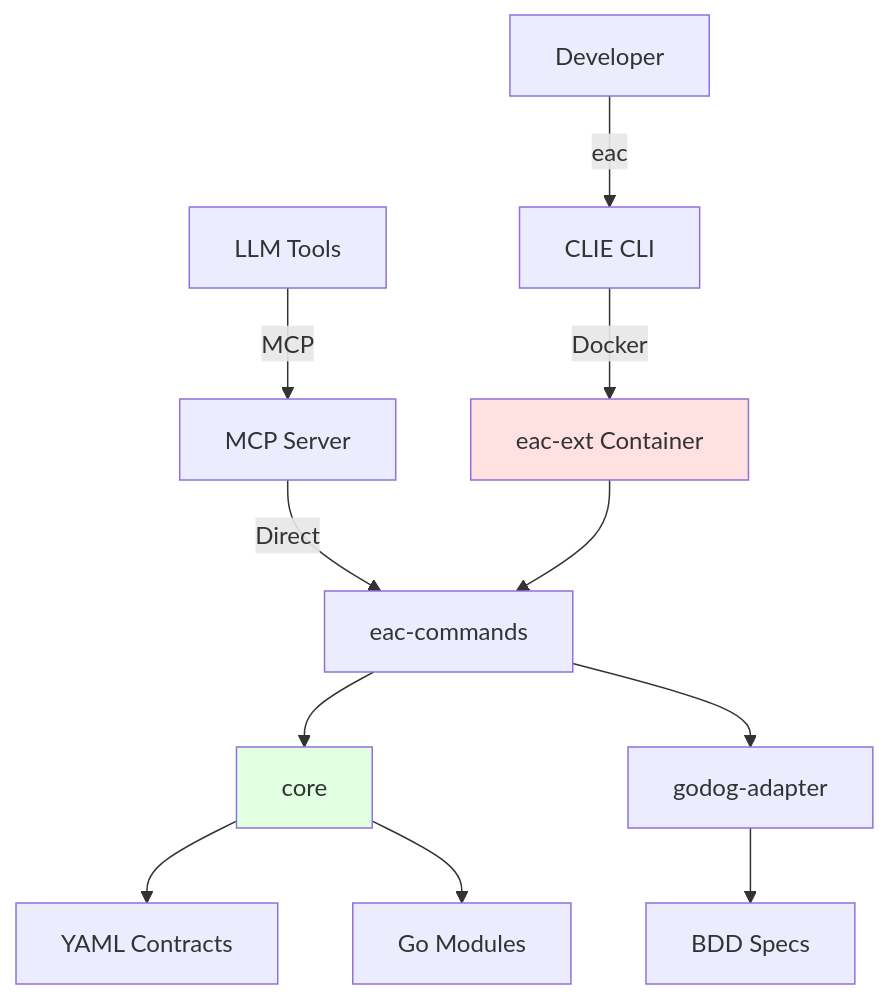
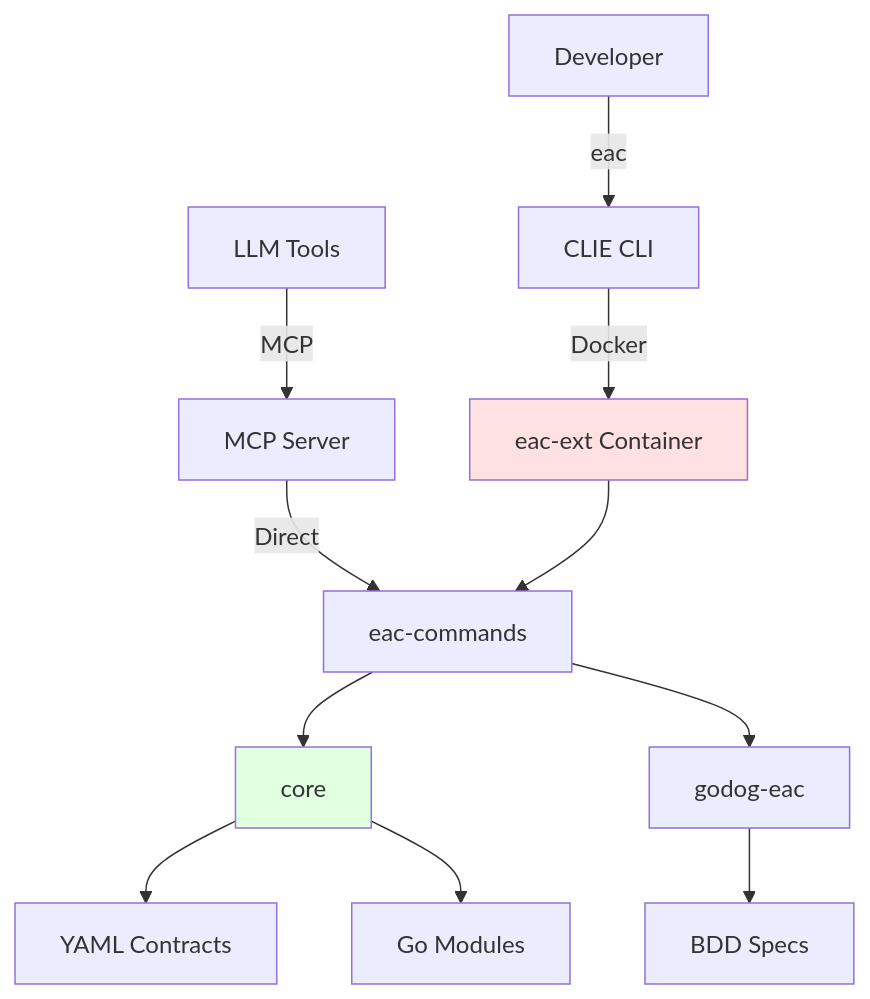
One commit to ready-to-release/eac changed the diagram in docs/reference/eac/architecture/index.md. Above: the diagram before and after it, drawn with Mermaid. The commit also changed other lines of this file and 745 other files, not shown here.

First line of the commit message:
refactor(multi-module): restructure codebase with contract-driven architecture

````diff
--- a/docs/reference/eac/architecture/index.md
+++ b/docs/reference/eac/architecture/index.md
@@ -39,19 +39,19 @@
 ```mermaid
 graph TB
     Dev[Developer] -->|eac| CLI[CLIE CLI]
     LLM[LLM Tools] -->|MCP| MCP[MCP Server]
 
     CLI -->|Docker| Ext[eac-ext Container]
     MCP -->|Direct| Commands[eac-commands]
 
     Ext --> Commands
     Commands --> Core[core]
-    Commands --> Specs[godog-adapter]
+    Commands --> Specs[godog-eac]
 
     Core --> Contracts[YAML Contracts]
     Core --> Modules[Go Modules]
     Specs --> Features[BDD Specs]
 
     style Ext fill:#ffe1e1
     style Core fill:#e1ffe1
 ```
````
